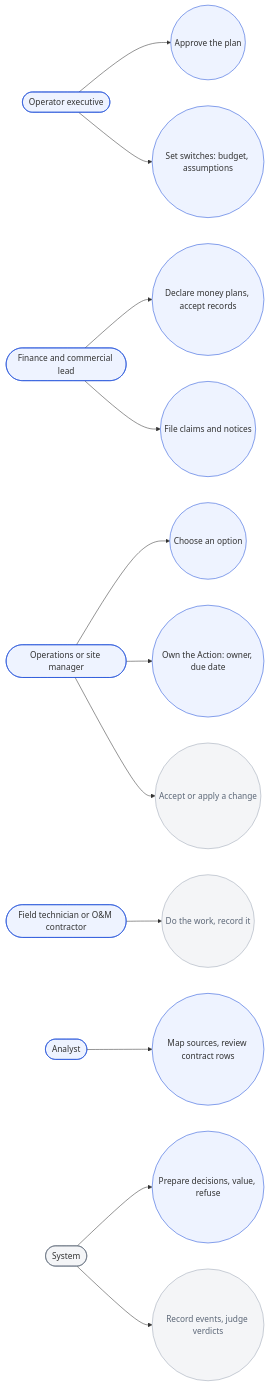
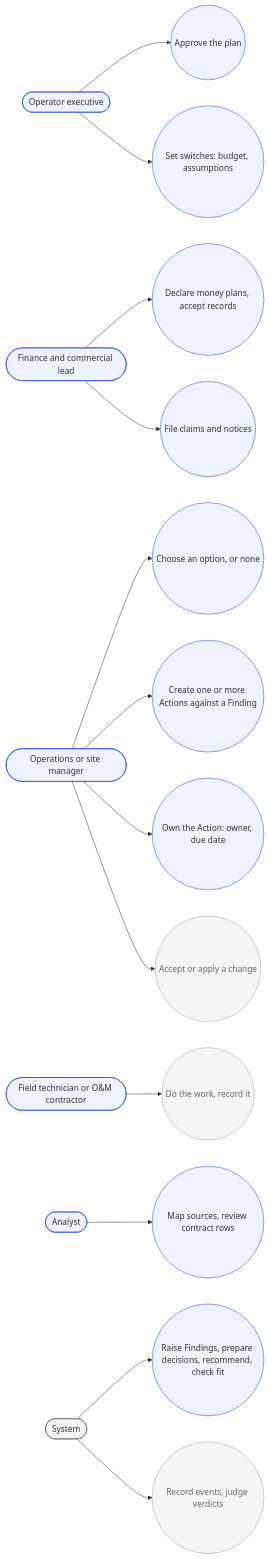
One commit to bineyame/AssetOpsV1 changed the sixth of 10 diagrams in Docs/demo-sprint/product-direction-layer4/layer4-transformation-design.md. Above: the diagram before and after it, drawn with Mermaid. The commit also changed other lines of this file and 4 other files, not shown here.

````diff
--- a/Docs/demo-sprint/product-direction-layer4/layer4-transformation-design.md
+++ b/Docs/demo-sprint/product-direction-layer4/layer4-transformation-design.md
@@ -454,24 +478,25 @@
 ```mermaid
 flowchart LR
   EX(["Operator executive"]):::actor
   FC(["Finance and commercial lead"]):::actor
   SM(["Operations or site manager"]):::actor
   FT(["Field technician or O&M contractor"]):::actor
   AO(["Analyst"]):::actor
   SYS(["System"]):::sys
   EX --> U1(("Approve the plan")):::new
   EX --> U2(("Set switches: budget, assumptions")):::new
-  SM --> U3(("Choose an option")):::new
+  SM --> U3(("Choose an option, or none")):::new
+  SM --> U12(("Create one or more Actions against a Finding")):::new
   SM --> U4(("Own the Action: owner, due date")):::new
   SM --> U5(("Accept or apply a change")):::keep
   FT --> U6(("Do the work, record it")):::keep
   FC --> U7(("Declare money plans, accept records")):::new
   FC --> U8(("File claims and notices")):::new
   AO --> U11(("Map sources, review contract rows")):::new
-  SYS --> U9(("Prepare decisions, value, refuse")):::new
+  SYS --> U9(("Raise Findings, prepare decisions, recommend, check fit")):::new
   SYS --> U10(("Record events, judge verdicts")):::keep
   classDef actor fill:#eef3ff,stroke:#1d4ed8
   classDef sys fill:#f4f5f7,stroke:#5d6878
   classDef new fill:#eef3ff,stroke:#1d4ed8
   classDef keep fill:#f4f5f7,stroke:#9aa5b4,color:#5d6878
 ```
````
